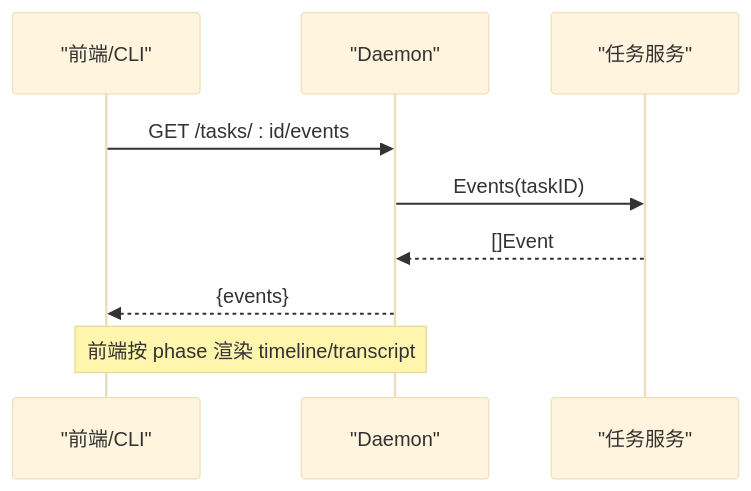
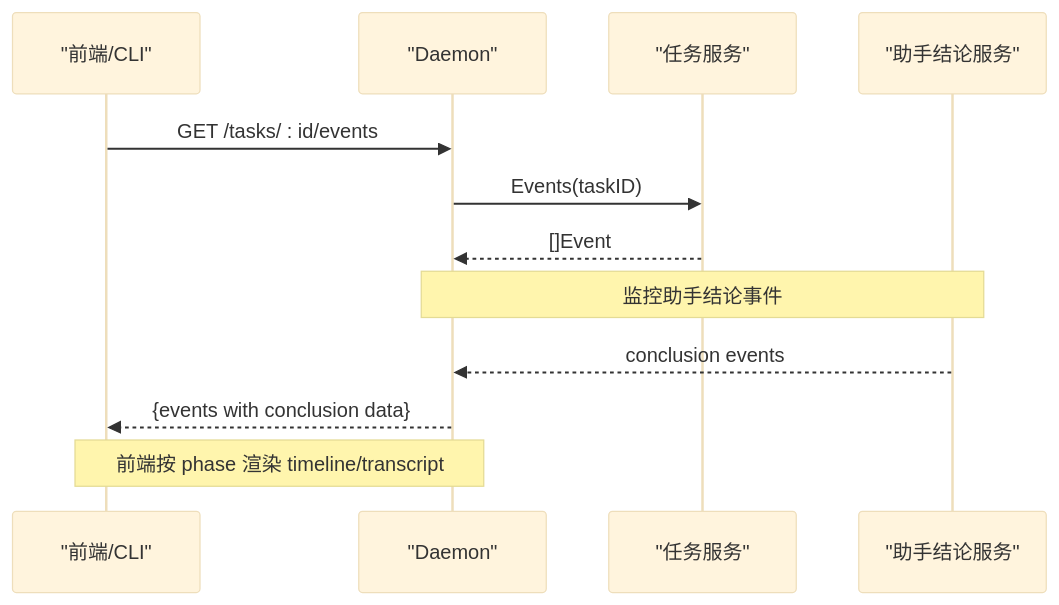
One commit to n1majne3/CyberPenda changed the sixth of 12 diagrams in .qoder/repowiki/zh/content/核心架构/控制平面 - Daemon服务/任务生命周期管理/任务生命周期管理.md. Above: the diagram before and after it, drawn with Mermaid (base theme). The commit also changed other lines of this file and 6 other files, not shown here.

````diff
--- a/.qoder/repowiki/zh/content/核心架构/控制平面 - Daemon服务/任务生命周期管理/任务生命周期管理.md
+++ b/.qoder/repowiki/zh/content/核心架构/控制平面 - Daemon服务/任务生命周期管理/任务生命周期管理.md
@@ -204,11 +288,14 @@
 ```mermaid
 sequenceDiagram
 participant UI as "前端/CLI"
 participant Daemon as "Daemon"
 participant TaskSvc as "任务服务"
+participant AC as "助手结论服务"
 UI->>Daemon : GET /tasks/ : id/events
 Daemon->>TaskSvc : Events(taskID)
 TaskSvc-->>Daemon : []Event
-Daemon-->>UI : {events}
+Note over Daemon,AC : 监控助手结论事件
+AC-->>Daemon : conclusion events
+Daemon-->>UI : {events with conclusion data}
 Note over UI,Daemon : 前端按 phase 渲染 timeline/transcript
 ```
````
